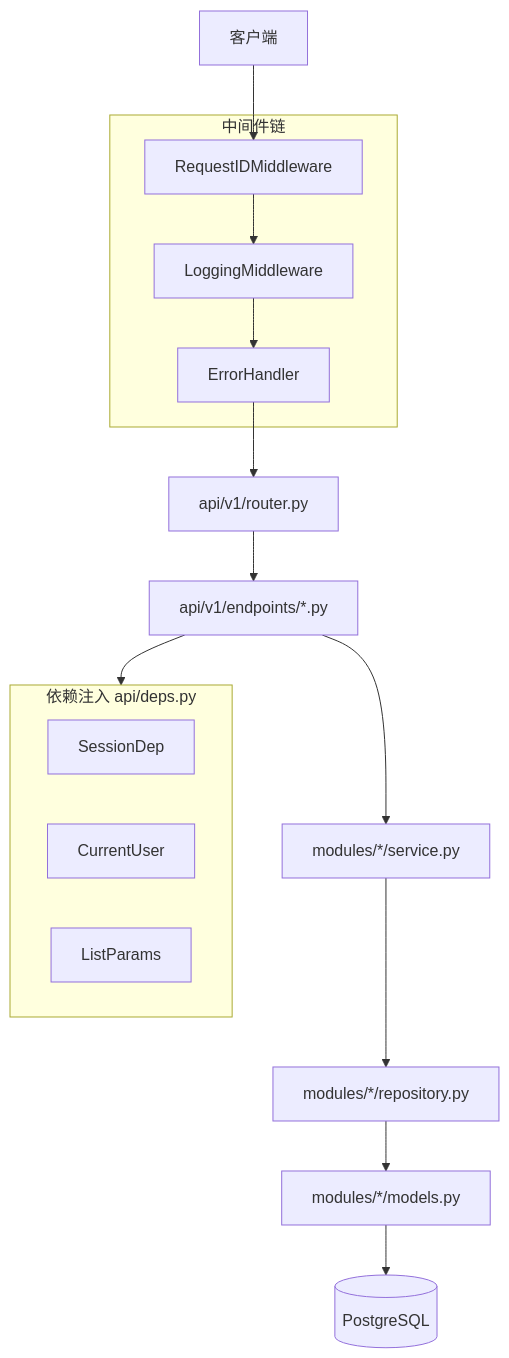
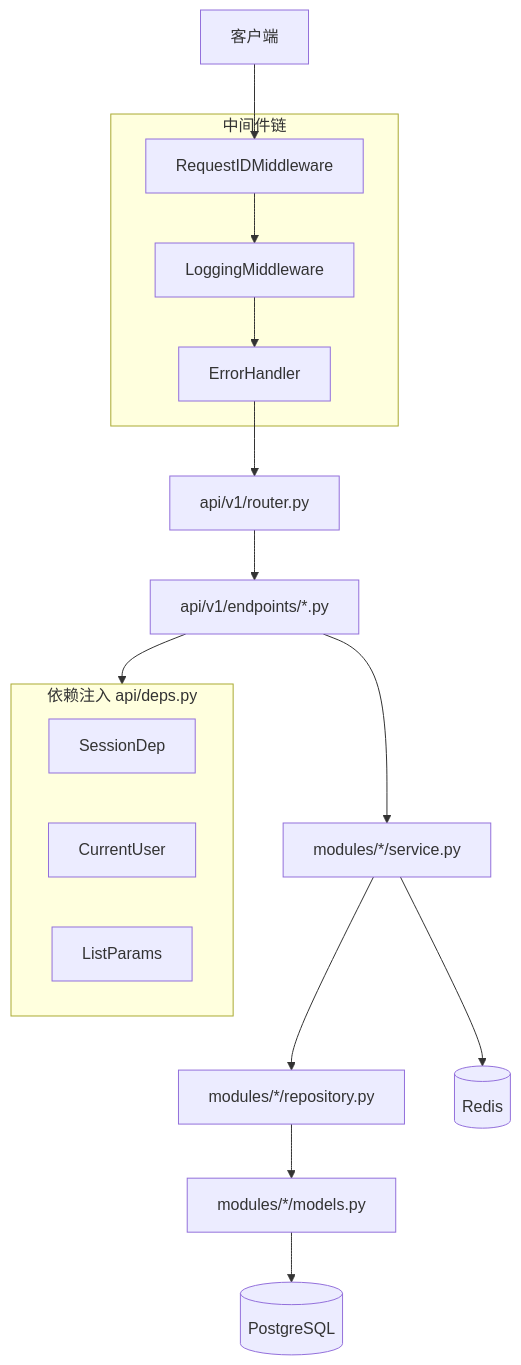
One commit to xyzdbb/server-template changed the first of 2 diagrams in README.md. Above: the diagram before and after it, drawn with Mermaid. The commit also changed other lines of this file, not shown here.

````diff
--- a/README.md
+++ b/README.md
@@ -37,25 +38,26 @@
 ```mermaid
 flowchart TD
     Client[客户端] --> Middleware
 
     subgraph middlewareChain [中间件链]
         Middleware[RequestIDMiddleware]
         Middleware --> Logging[LoggingMiddleware]
         Logging --> ErrorHandler[ErrorHandler]
     end
 
     ErrorHandler --> Router[api/v1/router.py]
     Router --> Endpoint[api/v1/endpoints/*.py]
 
     subgraph depInjection [依赖注入 api/deps.py]
         SessionDep[SessionDep]
         CurrentUser[CurrentUser]
         ListParams[ListParams]
     end
 
     Endpoint --> depInjection
     Endpoint --> Service[modules/*/service.py]
     Service --> Repository[modules/*/repository.py]
+    Service --> Redis[(Redis)]
     Repository --> Model[modules/*/models.py]
     Model --> DB[(PostgreSQL)]
 ```
````
